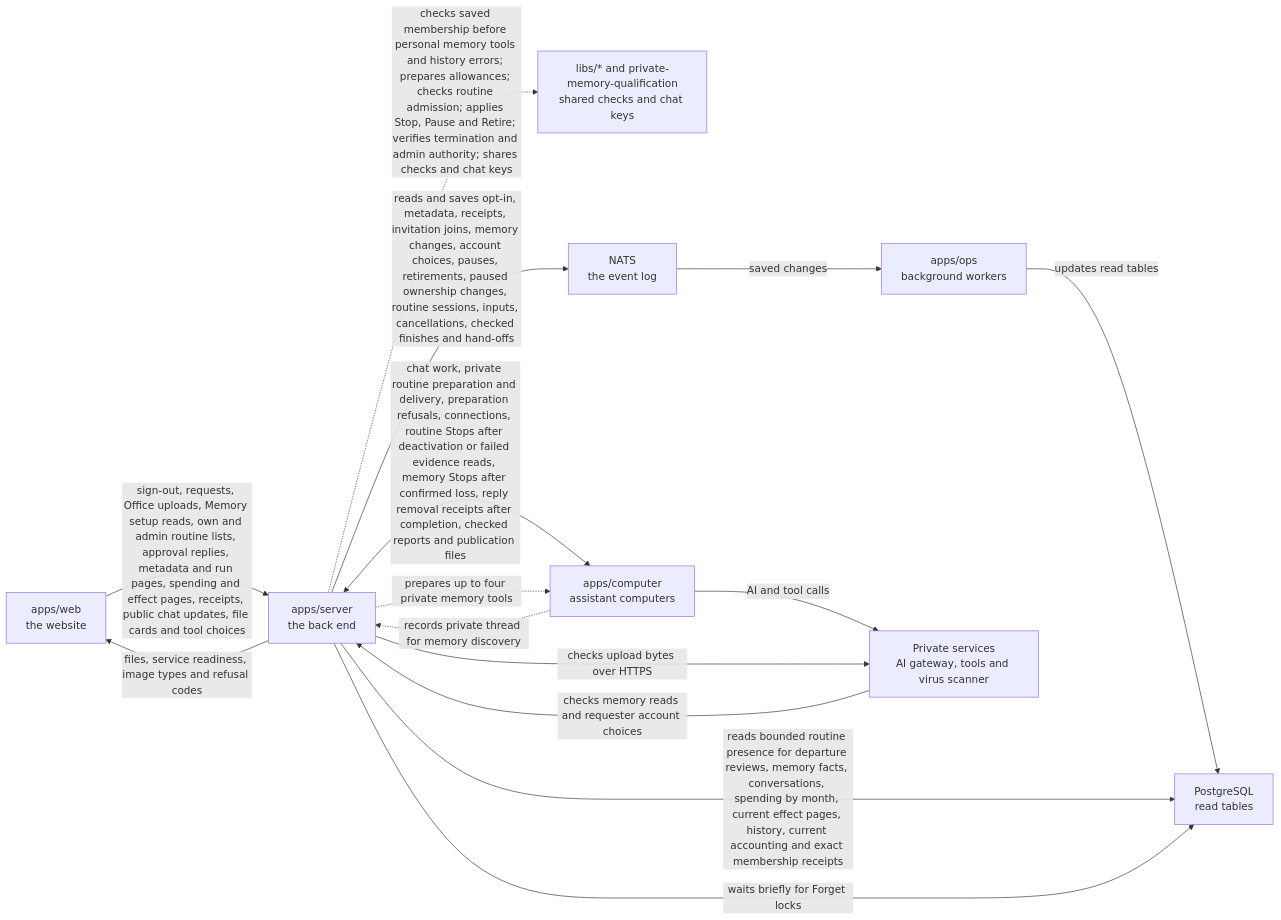
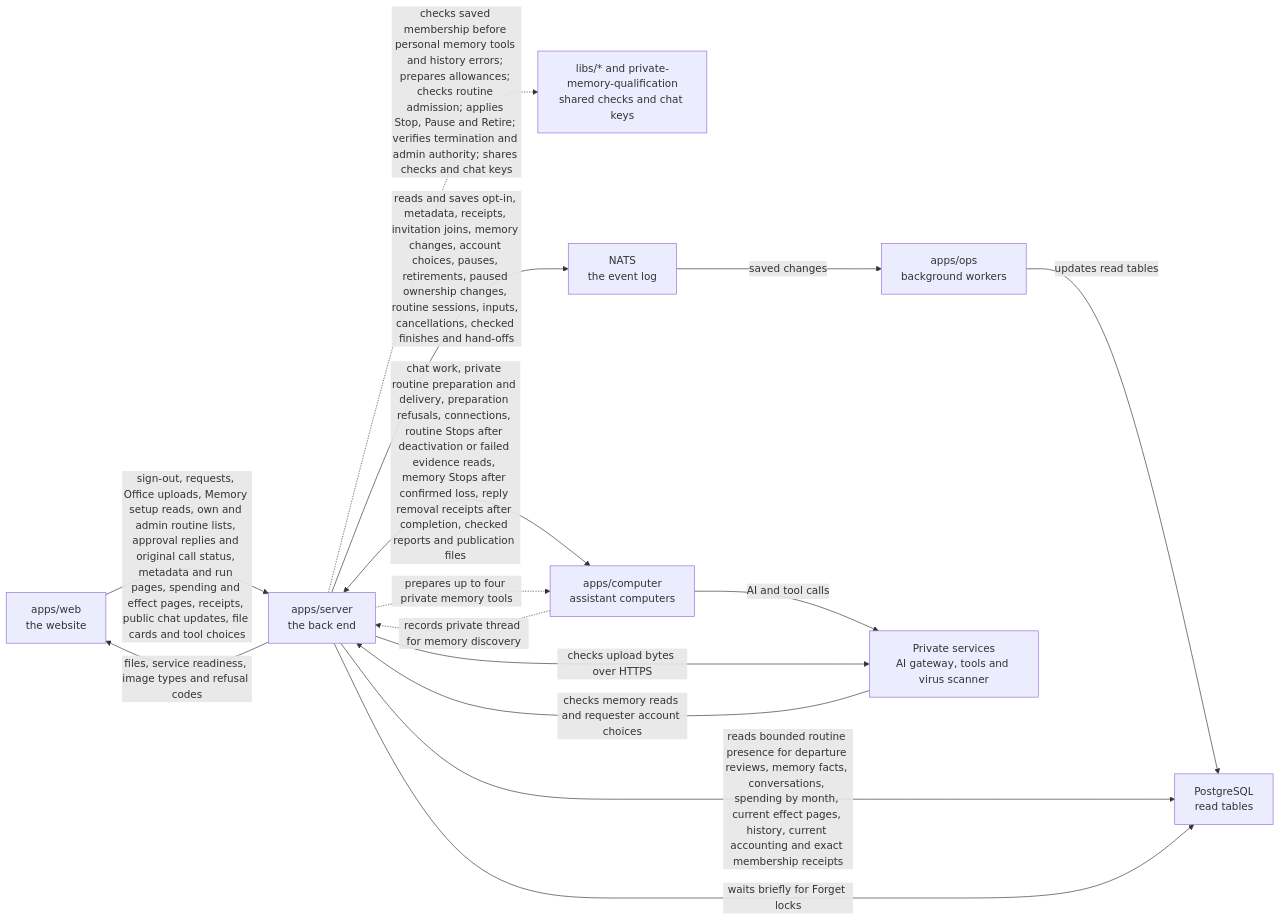
The diagram in apps/server/README.md (elewa-git/opencrane-new), drawn with Mermaid before and after one commit. The commit also changed other lines of this file and 15 other files, not shown here.

Commit message:
🔎 Read saved original call status without sending work

````diff
--- a/apps/server/README.md
+++ b/apps/server/README.md
@@ -183,17 +185,17 @@
 ```mermaid
 flowchart LR
-  web["apps/web<br/>the website"] -->|sign-out, requests, Office uploads, Memory setup reads, own and admin routine lists, approval replies, metadata and run pages, spending and effect pages, receipts, public chat updates, file cards and tool choices| server["apps/server<br/>the back end"]
+  web["apps/web<br/>the website"] -->|sign-out, requests, Office uploads, Memory setup reads, own and admin routine lists, approval replies and original call status, metadata and run pages, spending and effect pages, receipts, public chat updates, file cards and tool choices| server["apps/server<br/>the back end"]
   server -.->|checks saved membership before personal memory tools and history errors; prepares allowances; checks routine admission; applies Stop, Pause and Retire; verifies termination and admin authority; shares checks and chat keys| libs["libs/* and private-memory-qualification<br/>shared checks and chat keys"]
   server -->|reads and saves opt-in, metadata, receipts, invitation joins, memory changes, account choices, pauses, retirements, paused ownership changes, routine sessions, inputs, cancellations, checked finishes and hand-offs| nats["NATS<br/>the event log"]
   nats -->|saved changes| ops["apps/ops<br/>background workers"]
   ops -->|updates read tables| postgres["PostgreSQL<br/>read tables"]
   server -->|reads bounded routine presence for departure reviews, memory facts, conversations, spending by month, current effect pages, history, current accounting and exact membership receipts| postgres
   server -->|waits briefly for Forget locks| postgres
   server <-->|chat work, private routine preparation and delivery, preparation refusals, connections, routine Stops after deactivation or failed evidence reads, memory Stops after confirmed loss, reply removal receipts after completion, checked reports and publication files| computer["apps/computer<br/>assistant computers"]
   computer -.->|records private thread for memory discovery| server
   server -.->|prepares up to four private memory tools| computer
   computer -->|AI and tool calls| runtime["Private services<br/>AI gateway, tools and virus scanner"]
   server -->|files, service readiness, image types and refusal codes| web
   server -->|checks upload bytes over HTTPS| runtime
   runtime -->|checks memory reads and requester account choices| server
 ```
````
